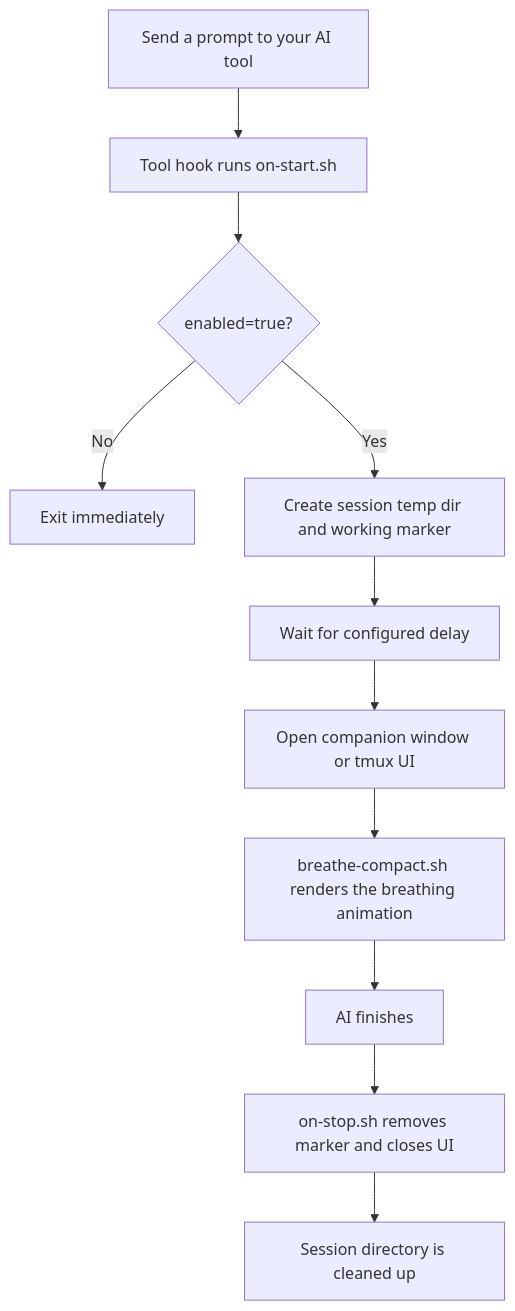
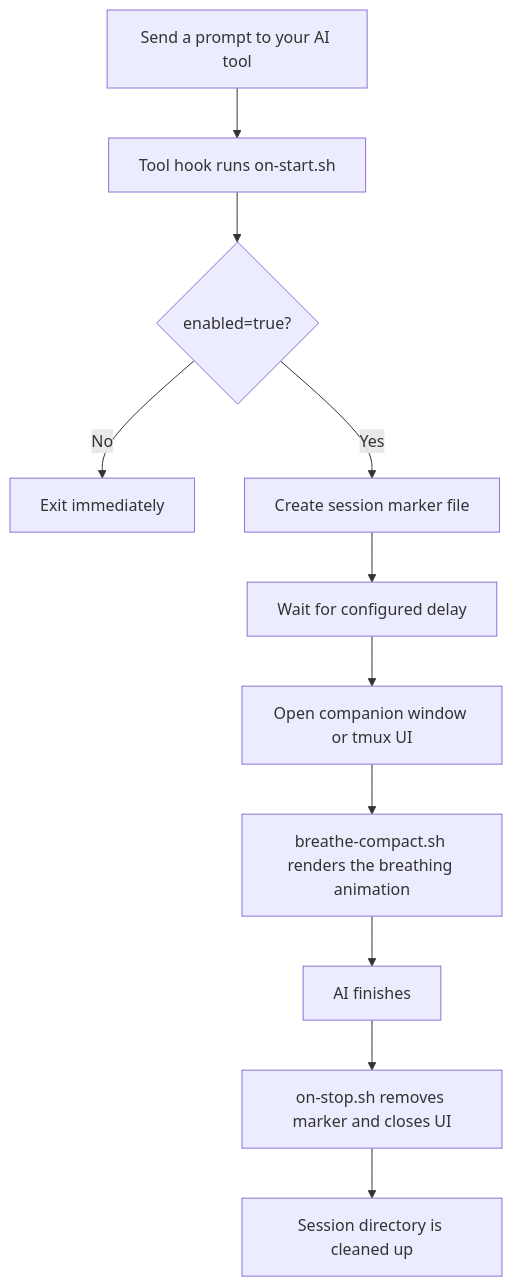
The diagram in README.md (cry8a8y/HushFlow), drawn with Mermaid before and after one commit. The commit also changed other lines of this file and 4 other files, not shown here.

````diff
--- a/README.md
+++ b/README.md
@@ -213,13 +97,13 @@
 ```mermaid
 flowchart TD
     A[Send a prompt to your AI tool] --> B[Tool hook runs on-start.sh]
     B --> C{enabled=true?}
     C -- No --> Z[Exit immediately]
-    C -- Yes --> D[Create session temp dir and working marker]
+    C -- Yes --> D[Create session marker file]
     D --> E[Wait for configured delay]
     E --> F[Open companion window or tmux UI]
     F --> G[breathe-compact.sh renders the breathing animation]
     G --> H[AI finishes]
     H --> I[on-stop.sh removes marker and closes UI]
     I --> J[Session directory is cleaned up]
 ```
````
